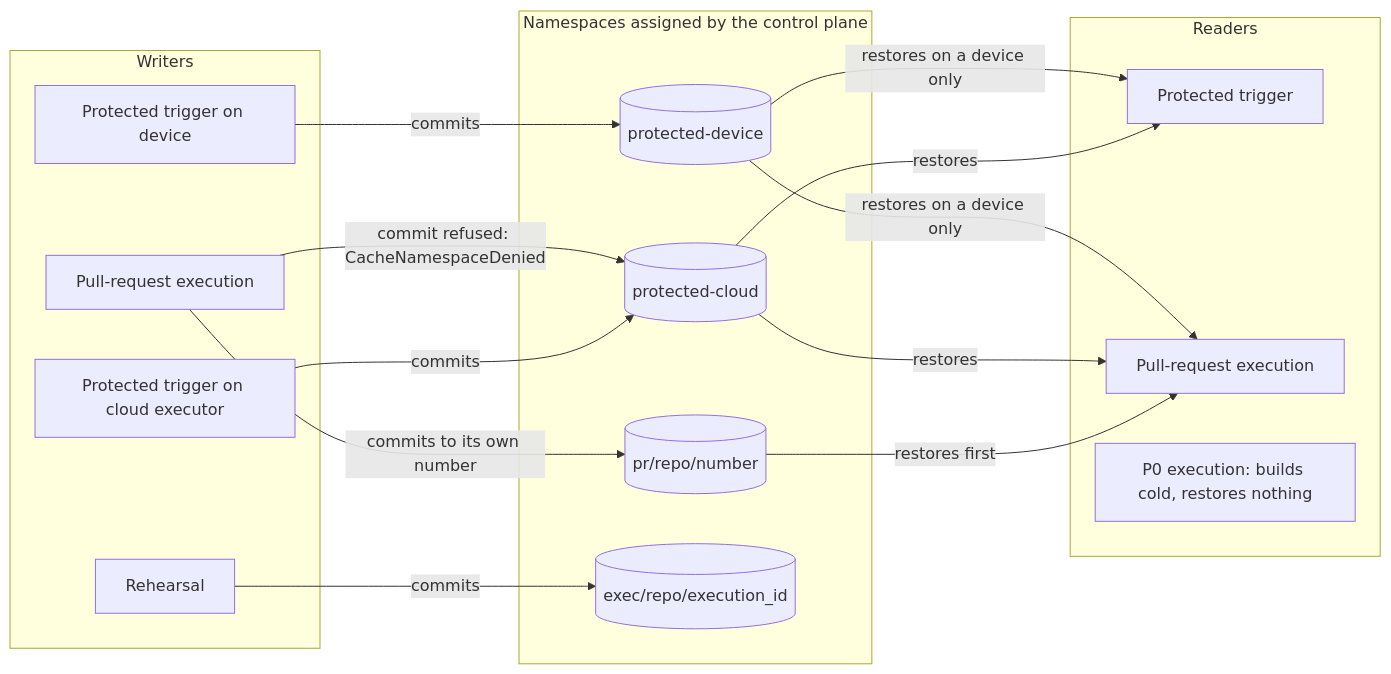
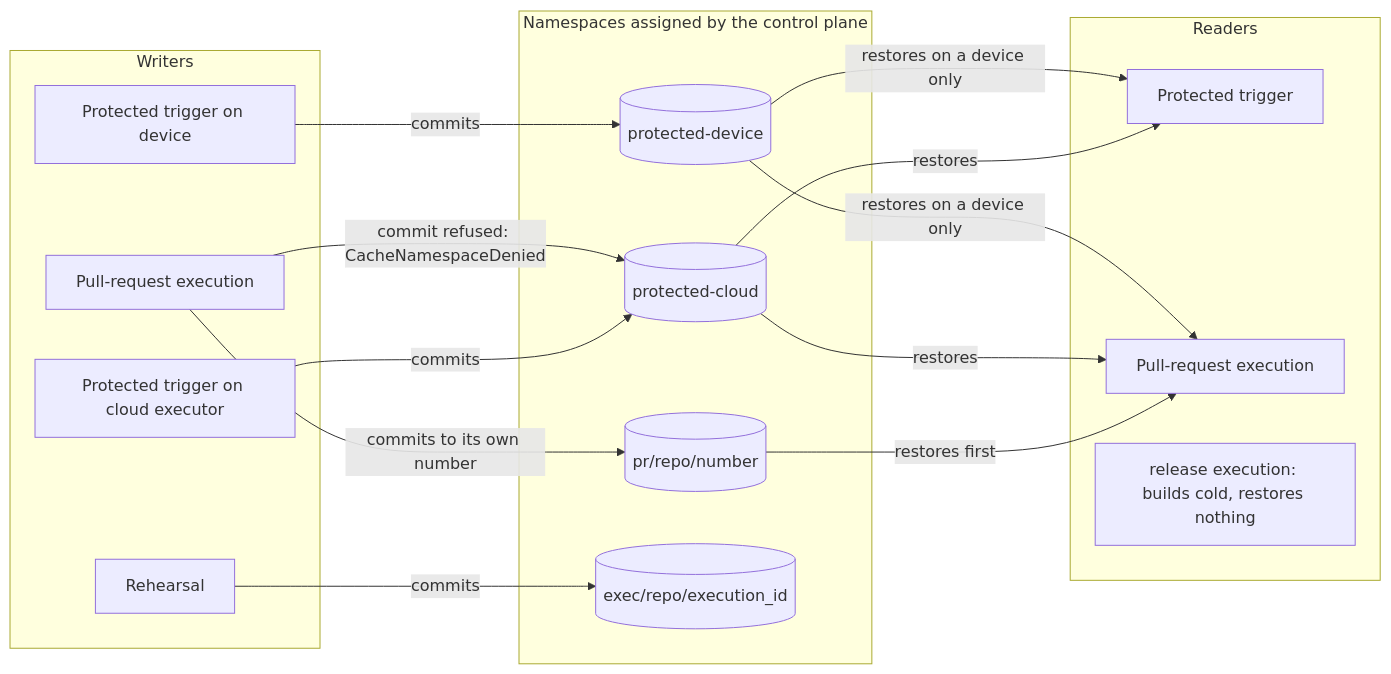
The second of 4 diagrams in specs/cache-artifacts.md (fractalboxdev/flare-dispatch), drawn with Mermaid before and after one commit. The commit also changed other lines of this file and 45 other files, not shown here.

````diff
--- a/specs/cache-artifacts.md
+++ b/specs/cache-artifacts.md
@@ -89,41 +93,41 @@
 ```mermaid
 flowchart LR
   accTitle: Writers and readers of each cache namespace
   subgraph writers["Writers"]
     wpc[Protected trigger on cloud executor]
     wpd[Protected trigger on device]
     wpr[Pull-request execution]
     wre[Rehearsal]
   end
   subgraph names["Namespaces assigned by the control plane"]
     npc[(protected-cloud)]
     npd[(protected-device)]
     npr[(pr/repo/number)]
     nex[(exec/repo/execution_id)]
   end
   subgraph readers["Readers"]
     rpp[Protected trigger]
     rpr[Pull-request execution]
-    rp0["P0 execution: builds cold, restores nothing"]
+    rp0["release execution: builds cold, restores nothing"]
   end
   wpc -->|commits| npc
   wpd -->|commits| npd
   wpr -->|commits to its own number| npr
   wre -->|commits| nex
   npc -->|restores| rpp
   npd -->|restores on a device only| rpp
   npr -->|restores first| rpr
   npc -->|restores| rpr
   npd -->|restores on a device only| rpr
   wpr e1@-->|commit refused: CacheNamespaceDenied| npc
   class wpr accent
   class npc store
   class npd store
   class npr store
   class nex store
   class rp0 muted
   class writers group
   class names group
   class readers group
   class e1 failure
 ```
````
